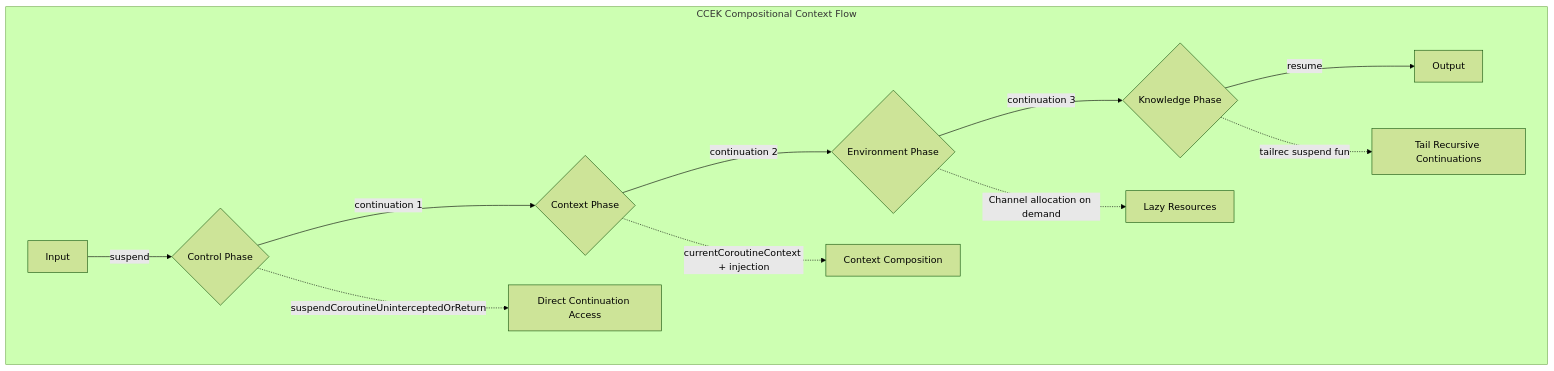
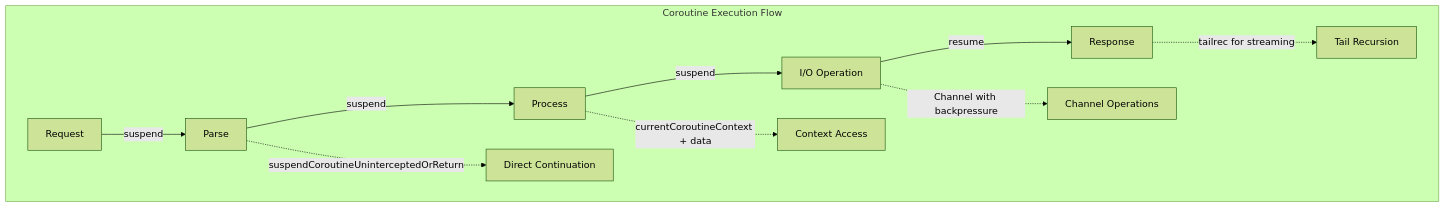
One commit to jnorthrup/superbikeshed changed the first of 8 diagrams in CHANNEL_CCEK_TODO.md. Above: the diagram before and after it, drawn with Mermaid (forest theme). The commit also changed other lines of this file, not shown here.

````diff
--- a/CHANNEL_CCEK_TODO.md
+++ b/CHANNEL_CCEK_TODO.md
@@ -9,15 +9,14 @@
 ```mermaid
 flowchart TD
-    subgraph "CCEK Compositional Context Flow"
-        A[Input] -->|suspend| B{Control Phase}
-        B -->|continuation 1| C{Context Phase}
-        C -->|continuation 2| D{Environment Phase}
-        D -->|continuation 3| E{Knowledge Phase}
-        E -->|resume| F[Output]
+    subgraph "Coroutine Execution Flow"
+        A[Request] -->|suspend| B[Parse]
+        B -->|suspend| C[Process]
+        C -->|suspend| D[I/O Operation]
+        D -->|resume| E[Response]
         
-        B -.->|suspendCoroutineUninterceptedOrReturn| G[Direct Continuation Access]
-        C -.->|currentCoroutineContext + injection| H[Context Composition]
-        D -.->|Channel allocation on demand| I[Lazy Resources]
-        E -.->|tailrec suspend fun| J[Tail Recursive Continuations] 
+        B -.->|suspendCoroutineUninterceptedOrReturn| G[Direct Continuation]
+        C -.->|currentCoroutineContext + data| H[Context Access]
+        D -.->|Channel with backpressure| I[Channel Operations]
+        E -.->|tailrec for streaming| J[Tail Recursion] 
     end
 ```
````
